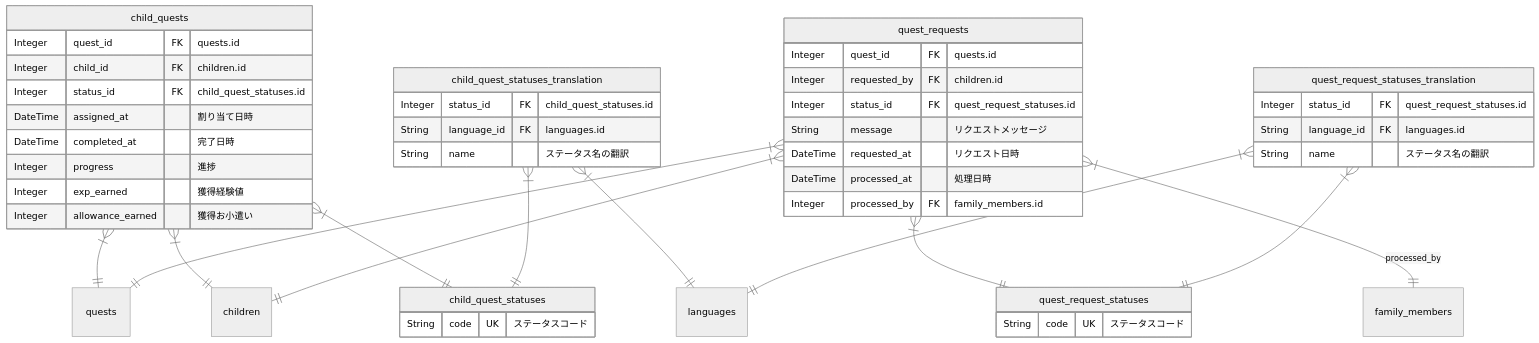
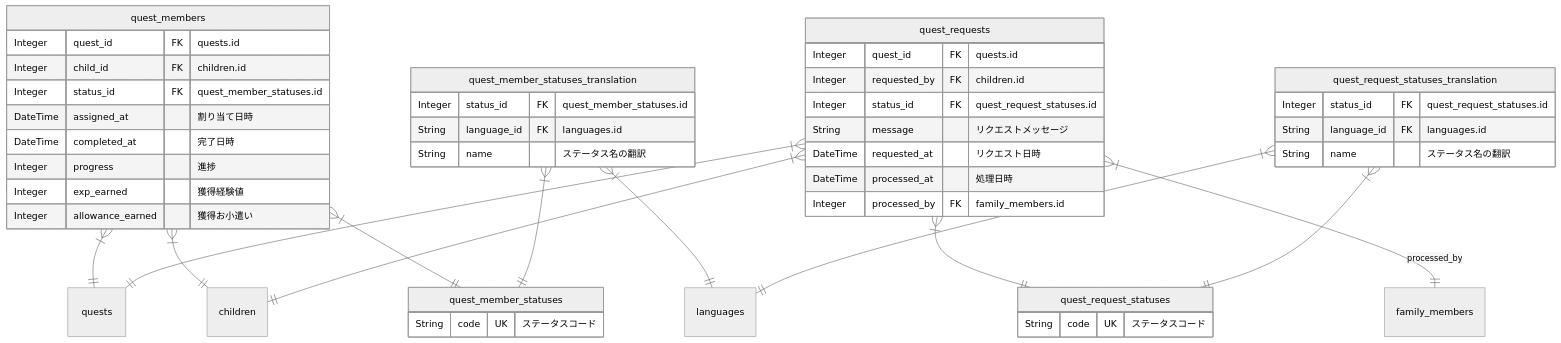
Diagram 13 of 17 in apps/api/docs/ja/uml/erd.md (shuhei1101/allowance-questboard), drawn with Mermaid (neutral theme) before and after one commit. The commit also changed 76 other files, not shown here.

````diff
--- a/apps/api/docs/ja/uml/erd.md
+++ b/apps/api/docs/ja/uml/erd.md
@@ -484,57 +484,57 @@
 ```mermaid
 %% quest/execution
 erDiagram
-    child_quests {
+    quest_members {
         Integer quest_id FK "quests.id"
         Integer child_id FK "children.id"
-        Integer status_id FK "child_quest_statuses.id"
+        Integer status_id FK "quest_member_statuses.id"
         DateTime assigned_at "割り当て日時"
         DateTime completed_at "完了日時"
         Integer progress "進捗"
         Integer exp_earned "獲得経験値"
         Integer allowance_earned "獲得お小遣い"
     }
 
-    child_quest_statuses {
+    quest_member_statuses {
         String code UK "ステータスコード"
     }
 
-    child_quest_statuses_translation {
-        Integer status_id FK "child_quest_statuses.id"
+    quest_member_statuses_translation {
+        Integer status_id FK "quest_member_statuses.id"
         String language_id FK "languages.id"
         String name "ステータス名の翻訳"
     }
 
     quest_requests {
         Integer quest_id FK "quests.id"
         Integer requested_by FK "children.id"
         Integer status_id FK "quest_request_statuses.id"
         String message "リクエストメッセージ"
         DateTime requested_at "リクエスト日時"
         DateTime processed_at "処理日時"
         Integer processed_by FK "family_members.id"
     }
 
     quest_request_statuses {
         String code UK "ステータスコード"
     }
 
     quest_request_statuses_translation {
         Integer status_id FK "quest_request_statuses.id"
         String language_id FK "languages.id"
         String name "ステータス名の翻訳"
     }
 
     %% Relationships
-    child_quests }|--|| quests: ""
-    child_quests }|--|| children: ""
-    child_quests }|--|| child_quest_statuses: ""
-    child_quest_statuses_translation }|--|| child_quest_statuses: ""
-    child_quest_statuses_translation }|--|| languages: ""
+    quest_members }|--|| quests: ""
+    quest_members }|--|| children: ""
+    quest_members }|--|| quest_member_statuses: ""
+    quest_member_statuses_translation }|--|| quest_member_statuses: ""
+    quest_member_statuses_translation }|--|| languages: ""
     quest_requests }|--|| quests: ""
     quest_requests }|--|| children: ""
     quest_requests }|--|| quest_request_statuses: ""
     quest_requests }|--|| family_members: "processed_by"
     quest_request_statuses_translation }|--|| quest_request_statuses: ""
     quest_request_statuses_translation }|--|| languages: ""
 ```
````
